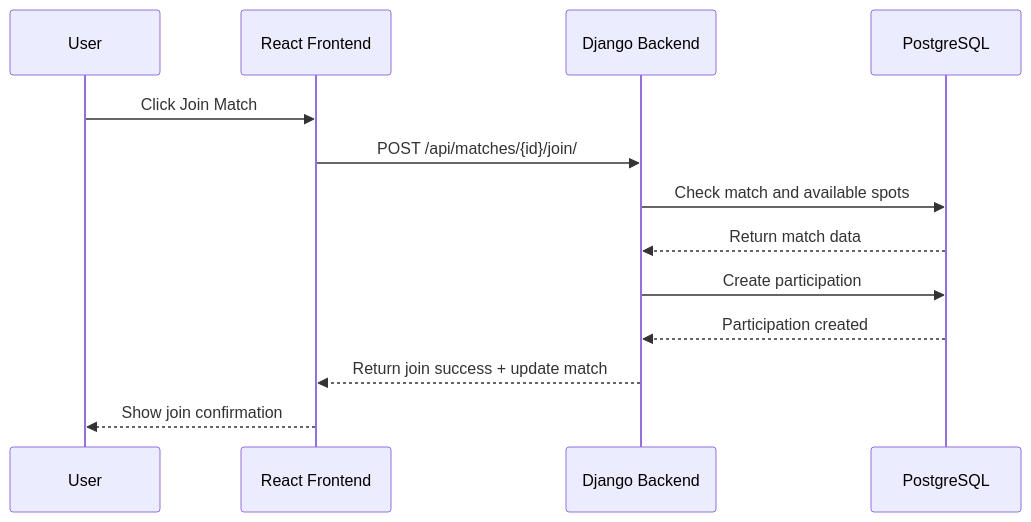
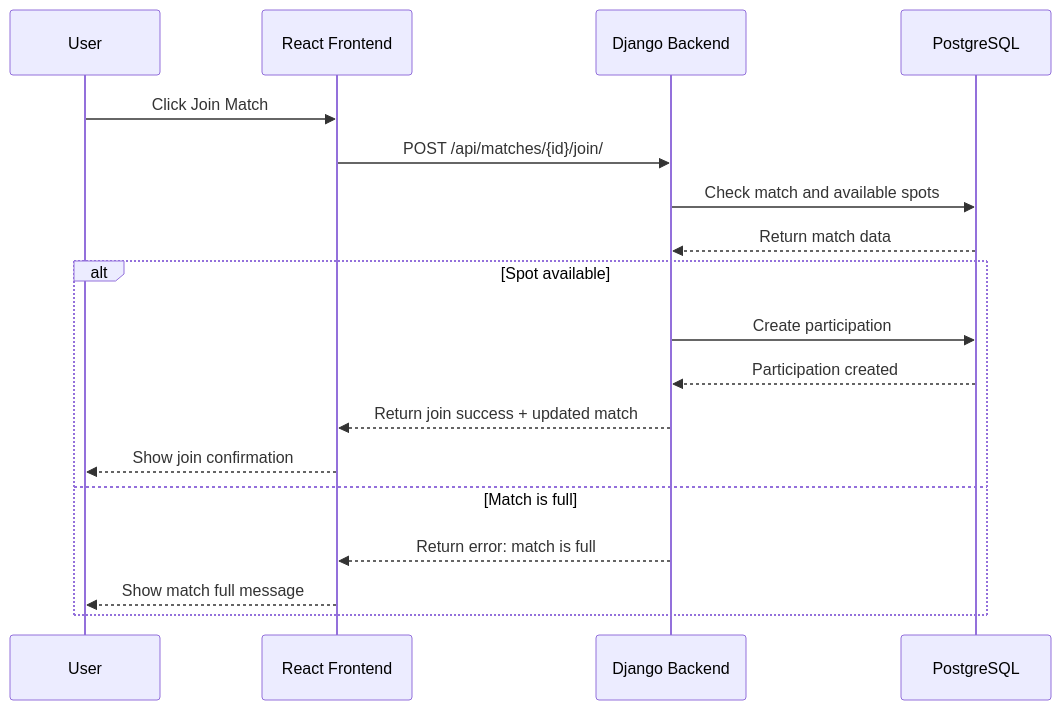
Before and after one commit to rywma/Wesal: the second of 4 diagrams in stage3/readme.md, drawn with Mermaid. The commit also changed other lines of this file, not shown here.

Commit message:
Updatea dd full match case to join sequence diagram readme.md

````diff
--- a/stage3/readme.md
+++ b/stage3/readme.md
@@ -196,16 +196,22 @@
 ```mermaid
 sequenceDiagram
     participant U as User
     participant F as React Frontend
     participant B as Django Backend
     participant D as PostgreSQL
 
     U->>F: Click Join Match
     F->>B: POST /api/matches/{id}/join/
     B->>D: Check match and available spots
     D-->>B: Return match data
-    B->>D: Create participation
-    D-->>B: Participation created
-    B-->>F: Return join success + update match
-    F-->>U: Show join confirmation
+
+    alt Spot available
+        B->>D: Create participation
+        D-->>B: Participation created
+        B-->>F: Return join success + updated match
+        F-->>U: Show join confirmation
+    else Match is full
+        B-->>F: Return error: match is full
+        F-->>U: Show match full message
+    end
 ```
````
